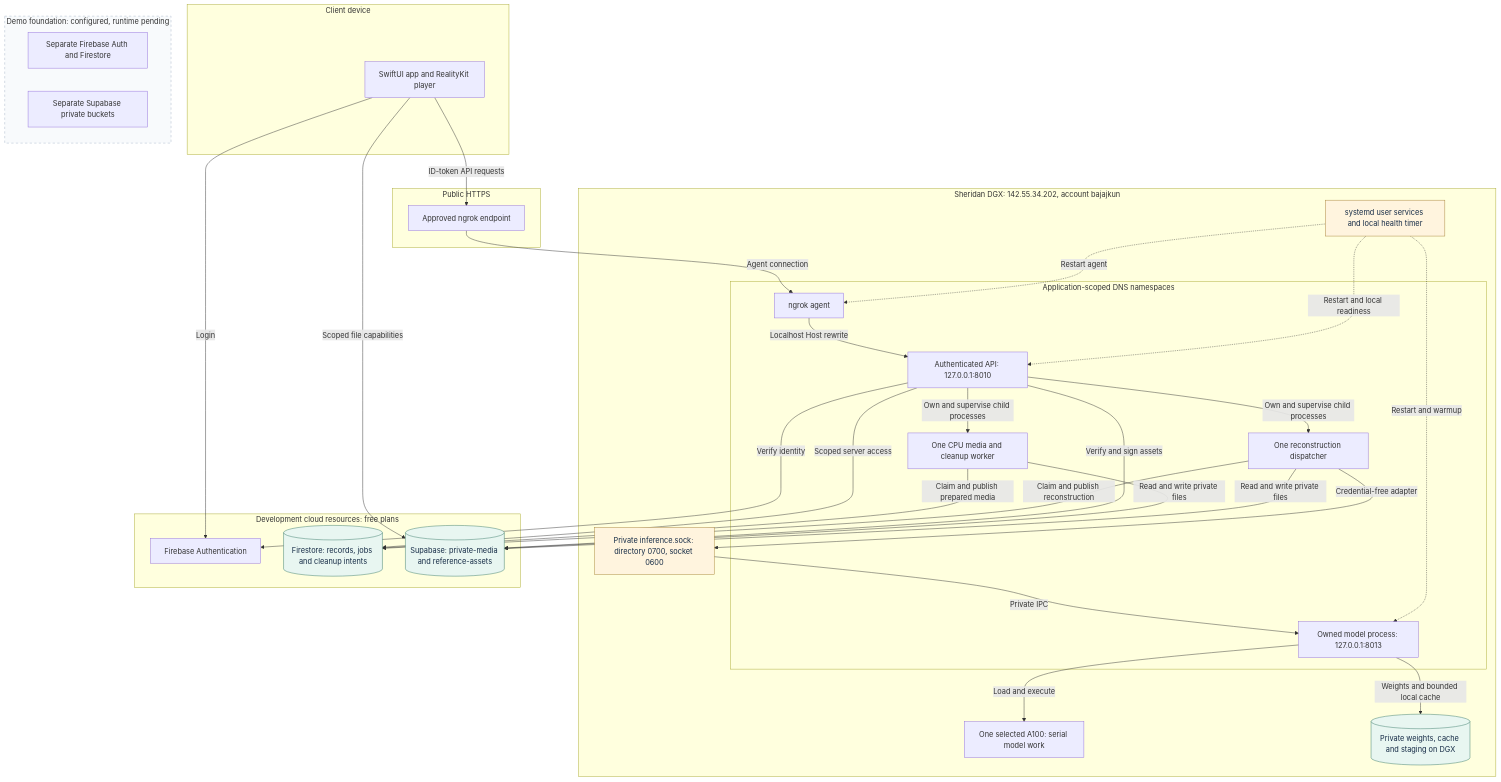
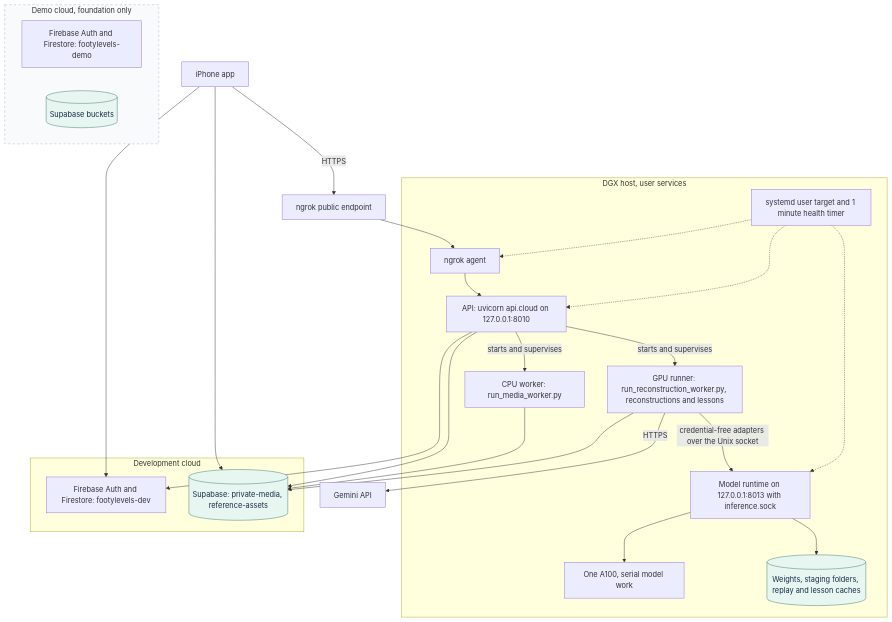
One commit to FootyLevels/Backend changed the diagram in diagrams/02-deployment.mmd. Above: the diagram before and after it, drawn with Mermaid. The commit also changed 155 other files, not shown here.

First line of the commit message:
Rebuild architecture diagrams and docs for every feature

```diff
--- a/diagrams/02-deployment.mmd
+++ b/diagrams/02-deployment.mmd
@@ -1,57 +1,41 @@
 flowchart TB
-    accTitle: FootyLevels Development deployment and trust boundaries
-    accDescr: ngrok exposes only the authenticated loopback API. CPU workers hold cloud access; the private GPU runtime uses a user-only Unix socket. Demo has isolated cloud resources but no active API runtime.
-    subgraph phone ["Client device"]
-        app["SwiftUI app and RealityKit player"]
+    accTitle: FootyLevels deployment
+    accDescr: One DGX runs the API with its child workers, the private model runtime and the ngrok agent under systemd user services. Firebase and Supabase are separate per environment; Gemini is called only by the GPU runner.
+    phone["iPhone app"] -->|"HTTPS"| endpoint["ngrok public endpoint"]
+    subgraph dgx ["DGX host, user services"]
+        tunnel["ngrok agent"]
+        api["API: uvicorn api.cloud on 127.0.0.1:8010"]
+        cpu["CPU worker: run_media_worker.py"]
+        gpuRunner["GPU runner: run_reconstruction_worker.py, reconstructions and lessons"]
+        runtime["Model runtime on 127.0.0.1:8013 with inference.sock"]
+        a100["One A100, serial model work"]
+        local[("Weights, staging folders, replay and lesson caches")]
+        systemd["systemd user target and 1 minute health timer"]
     end
-    subgraph edge ["Public HTTPS"]
-        endpoint["Approved ngrok endpoint"]
+    endpoint --> tunnel --> api
+    api -->|"starts and supervises"| cpu
+    api -->|"starts and supervises"| gpuRunner
+    gpuRunner -->|"credential-free adapters over the Unix socket"| runtime
+    runtime --> a100
+    runtime --> local
+    systemd -.-> api
+    systemd -.-> runtime
+    systemd -.-> tunnel
+    subgraph dev ["Development cloud"]
+        devAuth["Firebase Auth and Firestore: footylevels-dev"]
+        devStore[("Supabase: private-media, reference-assets")]
     end
-    subgraph dgx ["Sheridan DGX: 142.55.34.202, account bajajkun"]
-        subgraph network ["Application-scoped DNS namespaces"]
-            tunnel["ngrok agent"]
-            api["Authenticated API: 127.0.0.1:8010"]
-            cpu["One CPU media and cleanup worker"]
-            gpuWorker["One reconstruction dispatcher"]
-            model["Owned model process: 127.0.0.1:8013"]
-        end
-        bridge["Private inference.sock: directory 0700, socket 0600"]
-        gpu["One selected A100: serial model work"]
-        files[("Private weights, cache and staging on DGX")]
-        supervisor["systemd user services and local health timer"]
+    subgraph demo ["Demo cloud, foundation only"]
+        demoAuth["Firebase Auth and Firestore: footylevels-demo"]
+        demoStore[("Supabase buckets")]
     end
-    subgraph cloud ["Development cloud resources: free plans"]
-        auth["Firebase Authentication"]
-        db[("Firestore: records, jobs and cleanup intents")]
-        storage[("Supabase: private-media and reference-assets")]
-    end
-    subgraph demo ["Demo foundation: configured, runtime pending"]
-        demoFirebase["Separate Firebase Auth and Firestore"]
-        demoStorage["Separate Supabase private buckets"]
-    end
-    app -->|"ID-token API requests"| endpoint
-    endpoint -->|"Agent connection"| tunnel
-    tunnel -->|"Localhost Host rewrite"| api
-    app -->|"Login"| auth
-    app -->|"Scoped file capabilities"| storage
-    api -->|"Verify identity"| auth
-    api -->|"Own and supervise child processes"| cpu
-    api -->|"Own and supervise child processes"| gpuWorker
-    api -->|"Scoped server access"| db
-    api -->|"Verify and sign assets"| storage
-    cpu -->|"Claim and publish prepared media"| db
-    gpuWorker -->|"Claim and publish reconstruction"| db
-    cpu -->|"Read and write private files"| storage
-    gpuWorker -->|"Read and write private files"| storage
-    gpuWorker -->|"Credential-free adapter"| bridge
-    bridge -->|"Private IPC"| model
-    model -->|"Load and execute"| gpu
-    model -->|"Weights and bounded local cache"| files
-    supervisor -.->|"Restart and local readiness"| api
-    supervisor -.->|"Restart and warmup"| model
-    supervisor -.->|"Restart agent"| tunnel
+    api --> devAuth
+    api --> devStore
+    cpu --> devStore
+    gpuRunner --> devStore
+    gpuRunner -->|"HTTPS"| gemini["Gemini API"]
+    phone --> devAuth
+    phone --> devStore
+    style demo fill:#f8fafc,stroke:#a5b4c8,stroke-dasharray:5 5
     classDef data fill:#e8f6f1,stroke:#377967,color:#152b46;
-    classDef control fill:#fff4de,stroke:#a78336,color:#152b46;
-    class db,storage,files data;
-    class supervisor,bridge control;
-    style demo fill:#f8fafc,stroke:#a5b4c8,stroke-dasharray:5 5
+    class devStore,demoStore,local data;
```
